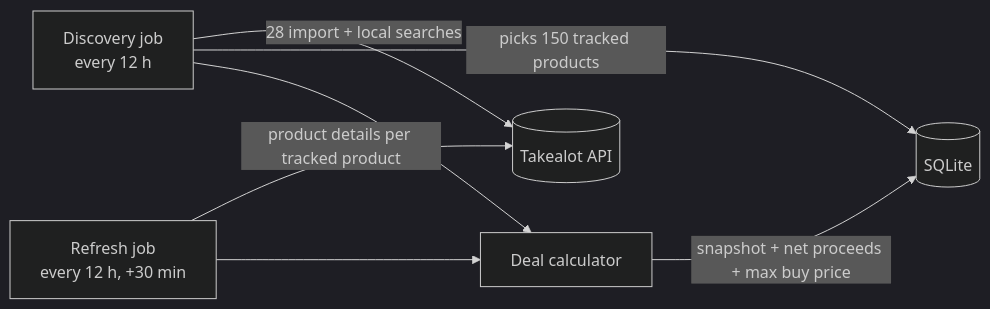
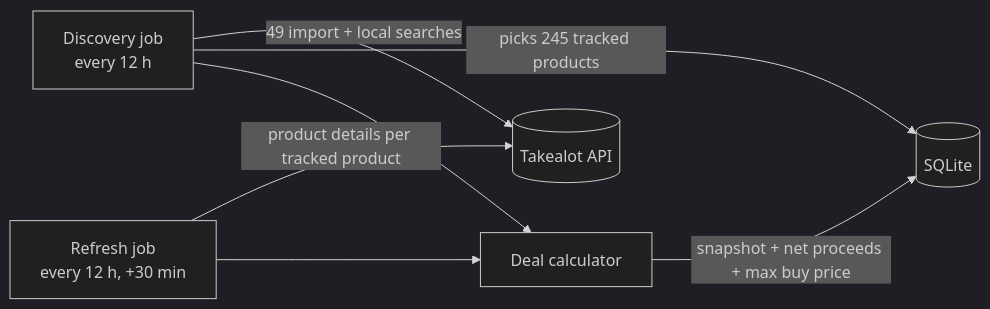
One commit to simseza022/FlipZA changed the diagram in README.md. Above: the diagram before and after it, drawn with Mermaid (dark theme). The commit also changed other lines of this file and 9 other files, not shown here.

First line of the commit message:
Add fashion and gift-set searches with named import filter profiles

````diff
--- a/README.md
+++ b/README.md
@@ -29,9 +29,9 @@
 ```mermaid
 flowchart LR
-    D[Discovery job<br/>every 12 h] -->|28 import + local searches| T[(Takealot API)]
-    D -->|picks 150 tracked products| DB[(SQLite)]
+    D[Discovery job<br/>every 12 h] -->|49 import + local searches| T[(Takealot API)]
+    D -->|picks 245 tracked products| DB[(SQLite)]
     R[Refresh job<br/>every 12 h, +30 min] -->|product details per tracked product| T
     R --> P[Deal calculator]
     D --> P
     P -->|snapshot + net proceeds + max buy price| DB
 ```
````
